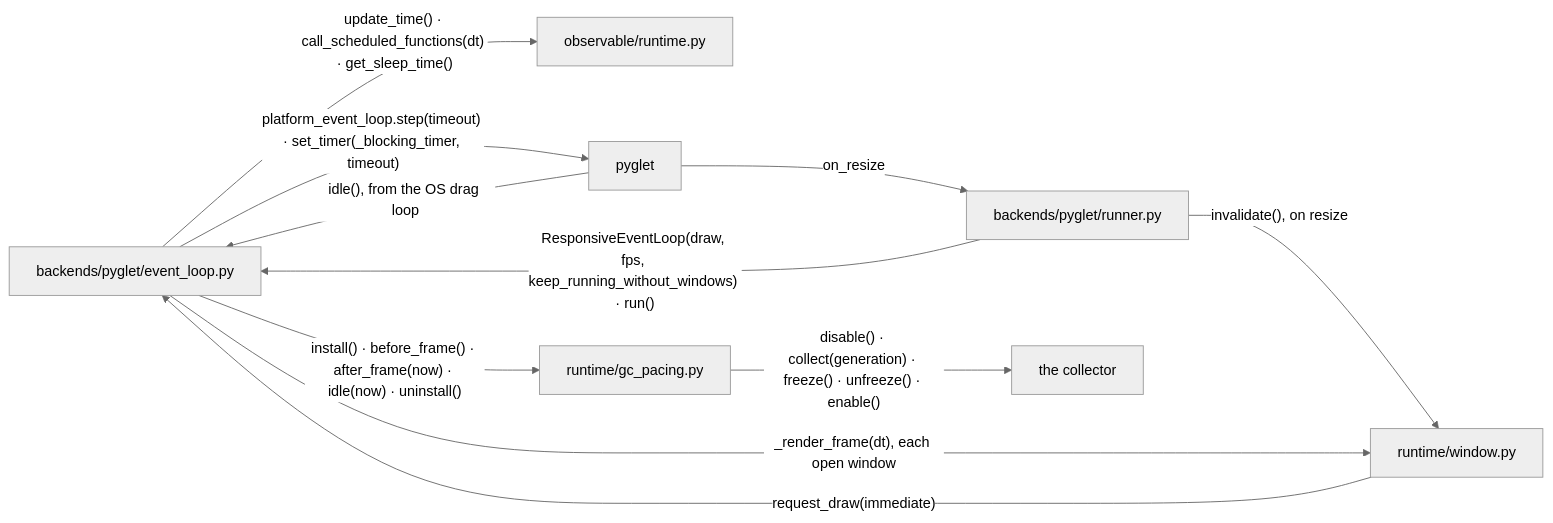
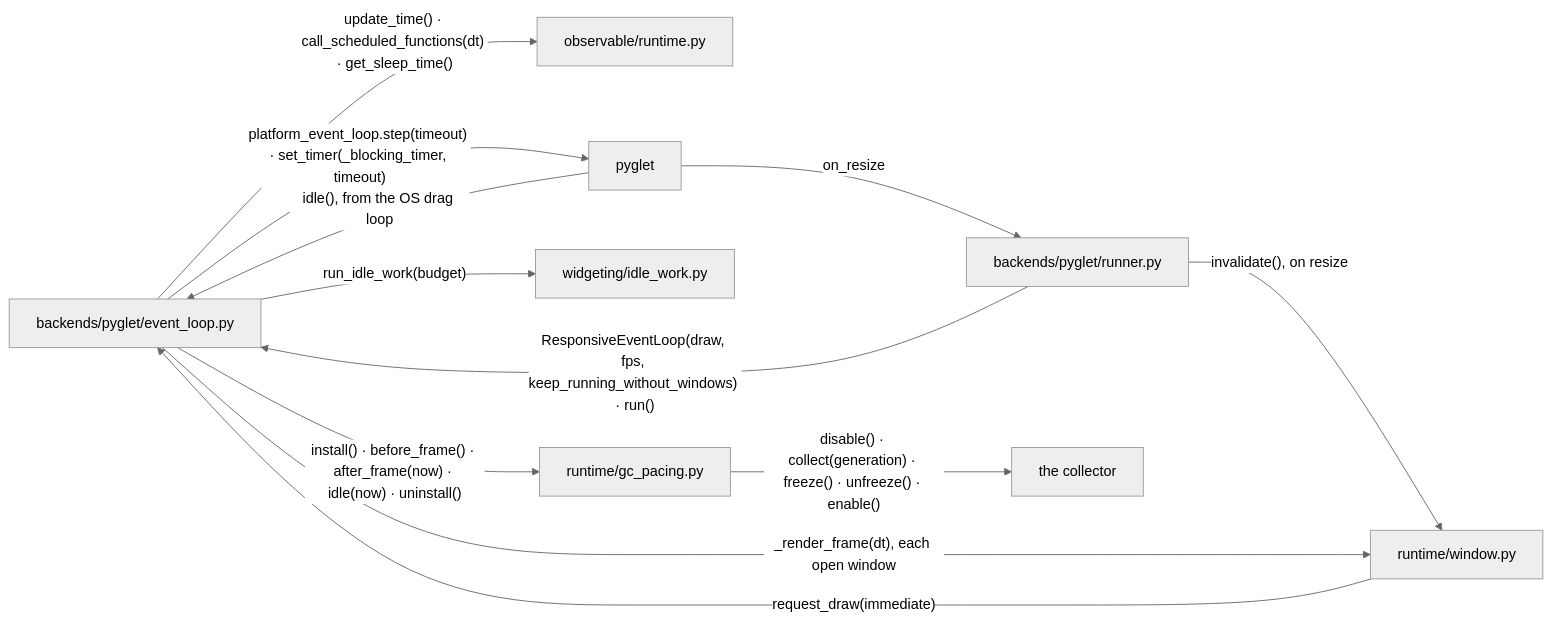
Before and after one commit to yuksblog/nuiitivet: the second of 8 diagrams in docs/design/RENDERING_PIPELINE.md, drawn with Mermaid (neutral theme). The commit also changed other lines of this file and 16 other files, not shown here.

````diff
--- a/docs/design/RENDERING_PIPELINE.md
+++ b/docs/design/RENDERING_PIPELINE.md
@@ -53,21 +53,23 @@
 ```mermaid
 flowchart LR
     loop[backends/pyglet/event_loop.py]
     runner[backends/pyglet/runner.py]
     window[runtime/window.py]
     clock[observable/runtime.py]
     pacer[runtime/gc_pacing.py]
+    idle[widgeting/idle_work.py]
     pyglet[pyglet]
     collector[the collector]
 
     runner -- "ResponsiveEventLoop(draw, fps, keep_running_without_windows) · run()" --> loop
     runner -- "invalidate(), on resize" --> window
     window -- "request_draw(immediate)" --> loop
     loop -- "_render_frame(dt), each open window" --> window
     loop -- "update_time() · call_scheduled_functions(dt) · get_sleep_time()" --> clock
     loop -- "install() · before_frame() · after_frame(now) · idle(now) · uninstall()" --> pacer
+    loop -- "run_idle_work(budget)" --> idle
     pacer -- "disable() · collect(generation) · freeze() · unfreeze() · enable()" --> collector
     loop -- "platform_event_loop.step(timeout) · set_timer(_blocking_timer, timeout)" --> pyglet
     pyglet -- "idle(), from the OS drag loop" --> loop
     pyglet -- "on_resize" --> runner
 ```
````
